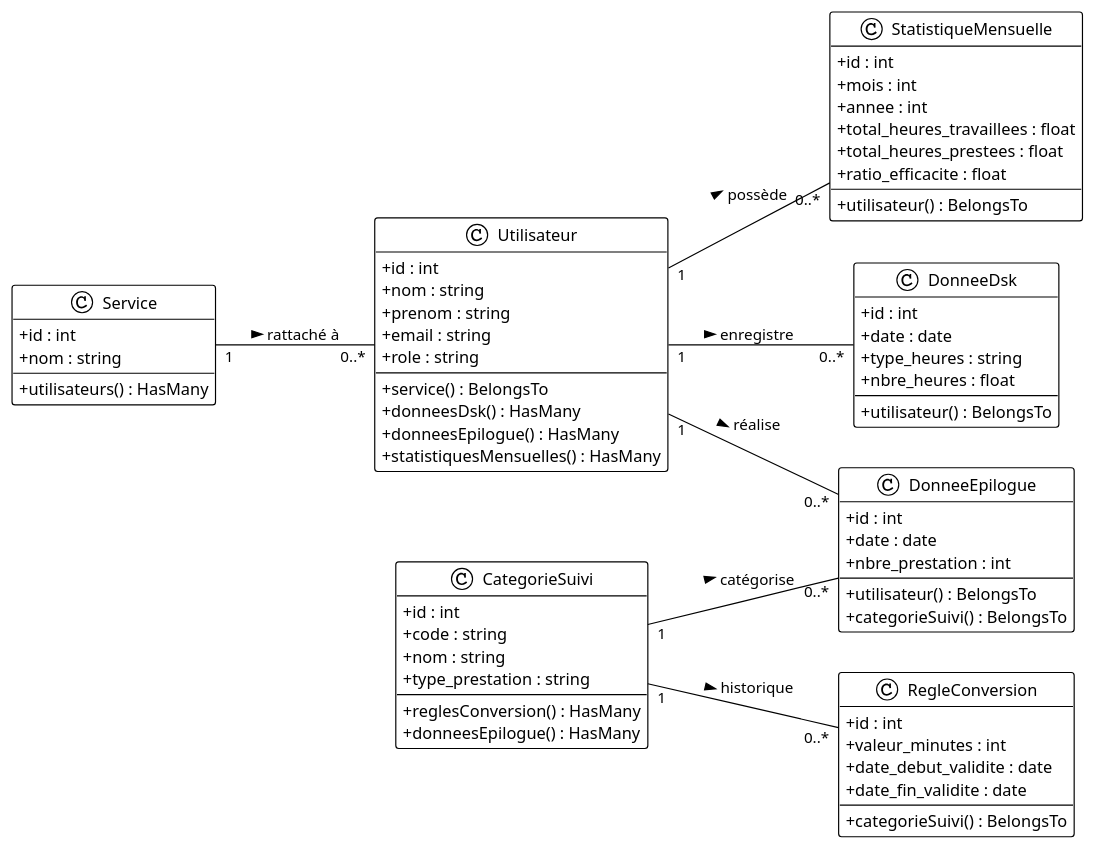
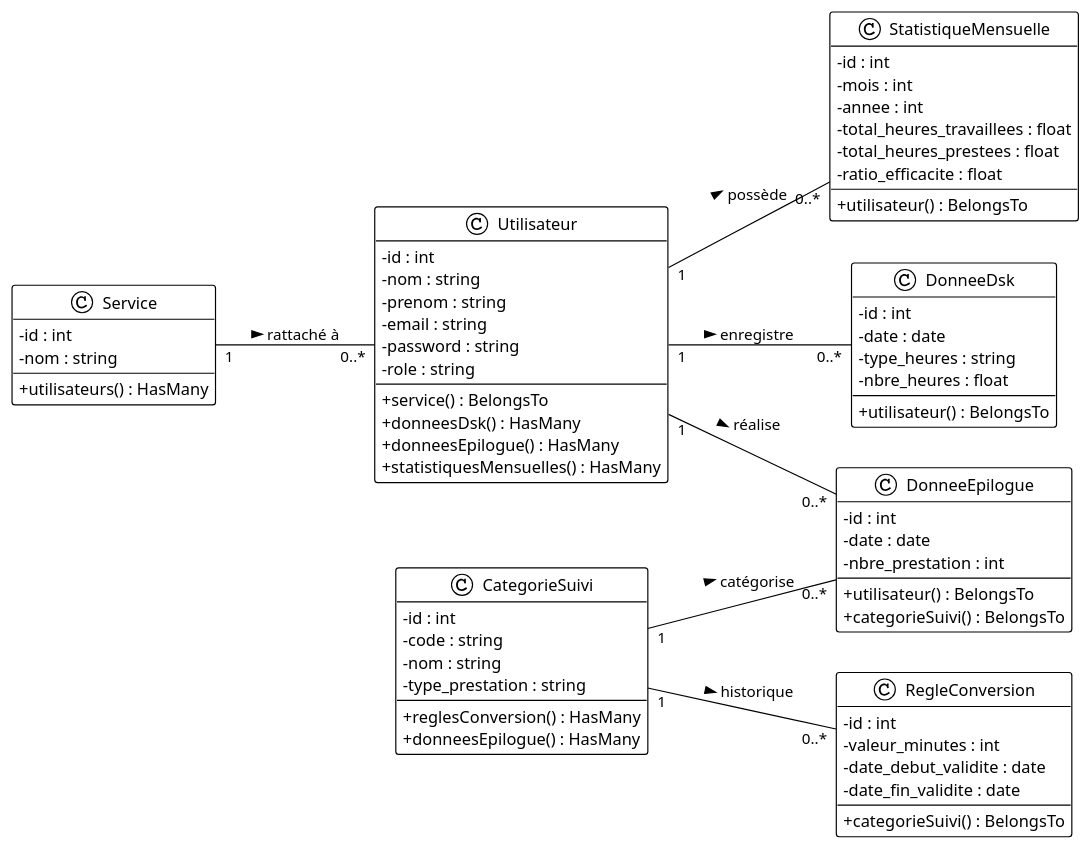
The diagram in diagramme de classes.md (midjix/plantuml), drawn with PlantUML before and after one commit.

Commit message:
add password at user in class diagram and visibiliti of attribu

````diff
--- a/diagramme de classes.md
+++ b/diagramme de classes.md
@@ -1,77 +1,78 @@
 ```plantuml
 @startuml
 !theme plain
 skinparam classAttributeIconSize 0
 left to right direction
 
 class Service {
-    + id : int
-    + nom : string
+    - id : int
+    - nom : string
     + utilisateurs() : HasMany
 }
 
 class Utilisateur {
-    + id : int
-    + nom : string
-    + prenom : string
-    + email : string
-    + role : string
+    - id : int
+    - nom : string
+    - prenom : string
+    - email : string
+    - password : string
+    - role : string
     + service() : BelongsTo
     + donneesDsk() : HasMany
     + donneesEpilogue() : HasMany
     + statistiquesMensuelles() : HasMany
 }
 
 class CategorieSuivi {
-    + id : int
-    + code : string
-    + nom : string
-    + type_prestation : string
+    - id : int
+    - code : string
+    - nom : string
+    - type_prestation : string
     + reglesConversion() : HasMany
     + donneesEpilogue() : HasMany
 }
 
 class RegleConversion {
-    + id : int
-    + valeur_minutes : int
-    + date_debut_validite : date
-    + date_fin_validite : date
+    - id : int
+    - valeur_minutes : int
+    - date_debut_validite : date
+    - date_fin_validite : date
     + categorieSuivi() : BelongsTo
 }
 
 class DonneeDsk {
-    + id : int
-    + date : date
-    + type_heures : string
-    + nbre_heures : float
+    - id : int
+    - date : date
+    - type_heures : string
+    - nbre_heures : float
     + utilisateur() : BelongsTo
 }
 
 class DonneeEpilogue {
-    + id : int
-    + date : date
-    + nbre_prestation : int
+    - id : int
+    - date : date
+    - nbre_prestation : int
     + utilisateur() : BelongsTo
     + categorieSuivi() : BelongsTo
 }
 
 class StatistiqueMensuelle {
-    + id : int
-    + mois : int
-    + annee : int
-    + total_heures_travaillees : float
-    + total_heures_prestees : float
-    + ratio_efficacite : float
+    - id : int
+    - mois : int
+    - annee : int
+    - total_heures_travaillees : float
+    - total_heures_prestees : float
+    - ratio_efficacite : float
     + utilisateur() : BelongsTo
 }
 
 ' --- Relations et Multiplicités ---
 Service "1" -- "0..*" Utilisateur : rattaché à >
 Utilisateur "1" -- "0..*" DonneeDsk : enregistre >
 Utilisateur "1" -- "0..*" DonneeEpilogue : réalise >
 Utilisateur "1" -- "0..*" StatistiqueMensuelle : possède >
 CategorieSuivi "1" -- "0..*" RegleConversion : historique >
 CategorieSuivi "1" -- "0..*" DonneeEpilogue : catégorise >
 
 @enduml
 ```
````
